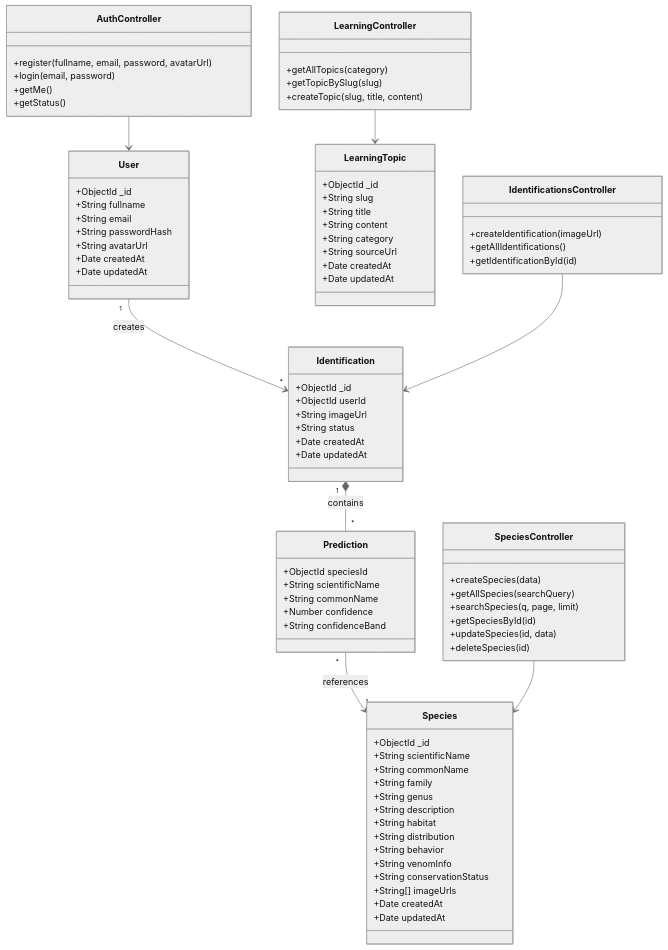
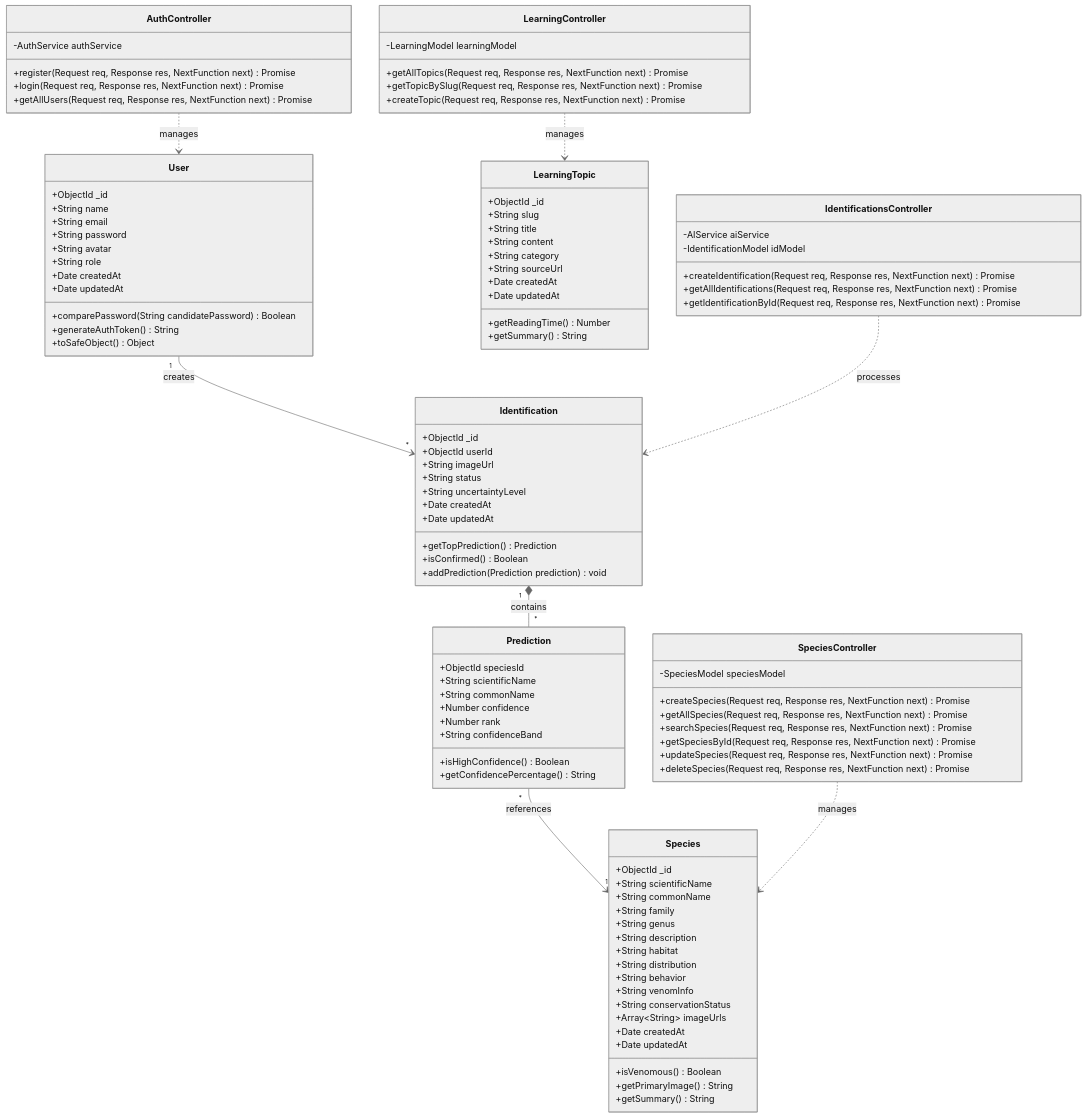
Before and after one commit to bleu-fire/redBack.ai: the diagram in daigram.mermaid, drawn with Mermaid (neutral theme). The commit also changed 1 other file, not shown here.

```diff
--- a/daigram.mermaid
+++ b/daigram.mermaid
@@ -1,103 +1,155 @@
 classDiagram
+direction TB
 
-%% ==========================
-%% MODELS
-%% ==========================
+%% ==========================================
+%% 1. MODELS / ENTITIES (Properties & Methods)
+%% ==========================================
 
 class User {
+    %% --- Properties (Attributes) ---
     +ObjectId _id
-    +String fullname
+    +String name
     +String email
-    +String passwordHash
-    +String avatarUrl
+    +String password
+    +String avatar
+    +String role
     +Date createdAt
     +Date updatedAt
+
+    %% --- Methods (Operations) ---
+    +comparePassword(String candidatePassword) Boolean
+    +generateAuthToken() String
+    +toSafeObject() Object
 }
 
 class Species {
+    %% --- Properties (Attributes) ---
     +ObjectId _id
     +String scientificName
     +String commonName
     +String family
     +String genus
     +String description
     +String habitat
     +String distribution
     +String behavior
     +String venomInfo
     +String conservationStatus
-    +String[] imageUrls
+    +Array~String~ imageUrls
     +Date createdAt
     +Date updatedAt
+
+    %% --- Methods (Operations) ---
+    +isVenomous() Boolean
+    +getPrimaryImage() String
+    +getSummary() String
 }
 
 class Identification {
+    %% --- Properties (Attributes) ---
     +ObjectId _id
     +ObjectId userId
     +String imageUrl
     +String status
+    +String uncertaintyLevel
     +Date createdAt
     +Date updatedAt
+
+    %% --- Methods (Operations) ---
+    +getTopPrediction() Prediction
+    +isConfirmed() Boolean
+    +addPrediction(Prediction prediction) void
 }
 
 class Prediction {
+    %% --- Properties (Attributes) ---
     +ObjectId speciesId
     +String scientificName
     +String commonName
     +Number confidence
+    +Number rank
     +String confidenceBand
+
+    %% --- Methods (Operations) ---
+    +isHighConfidence() Boolean
+    +getConfidencePercentage() String
 }
 
 class LearningTopic {
+    %% --- Properties (Attributes) ---
     +ObjectId _id
     +String slug
     +String title
     +String content
     +String category
     +String sourceUrl
     +Date createdAt
     +Date updatedAt
+
+    %% --- Methods (Operations) ---
+    +getReadingTime() Number
+    +getSummary() String
 }
 
-%% Relationships
+%% ==========================================
+%% 2. CONTROLLERS (Properties & Methods)
+%% ==========================================
+
+class AuthController {
+    %% --- Properties (Dependencies) ---
+    -AuthService authService
+
+    %% --- Methods (API Handlers) ---
+    +register(Request req, Response res, NextFunction next) Promise
+    +login(Request req, Response res, NextFunction next) Promise
+    +getAllUsers(Request req, Response res, NextFunction next) Promise
+}
+
+class SpeciesController {
+    %% --- Properties (Dependencies) ---
+    -SpeciesModel speciesModel
+
+    %% --- Methods (API Handlers) ---
+    +createSpecies(Request req, Response res, NextFunction next) Promise
+    +getAllSpecies(Request req, Response res, NextFunction next) Promise
+    +searchSpecies(Request req, Response res, NextFunction next) Promise
+    +getSpeciesById(Request req, Response res, NextFunction next) Promise
+    +updateSpecies(Request req, Response res, NextFunction next) Promise
+    +deleteSpecies(Request req, Response res, NextFunction next) Promise
+}
+
+class IdentificationsController {
+    %% --- Properties (Dependencies) ---
+    -AIService aiService
+    -IdentificationModel idModel
+
+    %% --- Methods (API Handlers) ---
+    +createIdentification(Request req, Response res, NextFunction next) Promise
+    +getAllIdentifications(Request req, Response res, NextFunction next) Promise
+    +getIdentificationById(Request req, Response res, NextFunction next) Promise
+}
+
+class LearningController {
+    %% --- Properties (Dependencies) ---
+    -LearningModel learningModel
+
+    %% --- Methods (API Handlers) ---
+    +getAllTopics(Request req, Response res, NextFunction next) Promise
+    +getTopicBySlug(Request req, Response res, NextFunction next) Promise
+    +createTopic(Request req, Response res, NextFunction next) Promise
+}
+
+%% ==========================================
+%% 3. RELATIONSHIPS
+%% ==========================================
+
+%% Model Relationships
 User "1" --> "*" Identification : creates
 Identification "1" *-- "*" Prediction : contains
 Prediction "*" --> "1" Species : references
 
-%% ==========================
-%% CONTROLLERS / SERVICES
-%% ==========================
-
-class AuthController {
-    +register(fullname, email, password, avatarUrl)
-    +login(email, password)
-    +getMe()
-    +getStatus()
-}
-
-class SpeciesController {
-    +createSpecies(data)
-    +getAllSpecies(searchQuery)
-    +searchSpecies(q, page, limit)
-    +getSpeciesById(id)
-    +updateSpecies(id, data)
-    +deleteSpecies(id)
-}
-
-class IdentificationsController {
-    +createIdentification(imageUrl)
-    +getAllIdentifications()
-    +getIdentificationById(id)
-}
-
-class LearningController {
-    +getAllTopics(category)
-    +getTopicBySlug(slug)
-    +createTopic(slug, title, content)
-}
-
 %% Controller to Model Dependencies
-AuthController --> User
-SpeciesController --> Species
-IdentificationsController --> Identification
-LearningController --> LearningTopic
+AuthController ..> User : manages
+SpeciesController ..> Species : manages
+IdentificationsController ..> Identification : processes
+LearningController ..> LearningTopic : manages
```
